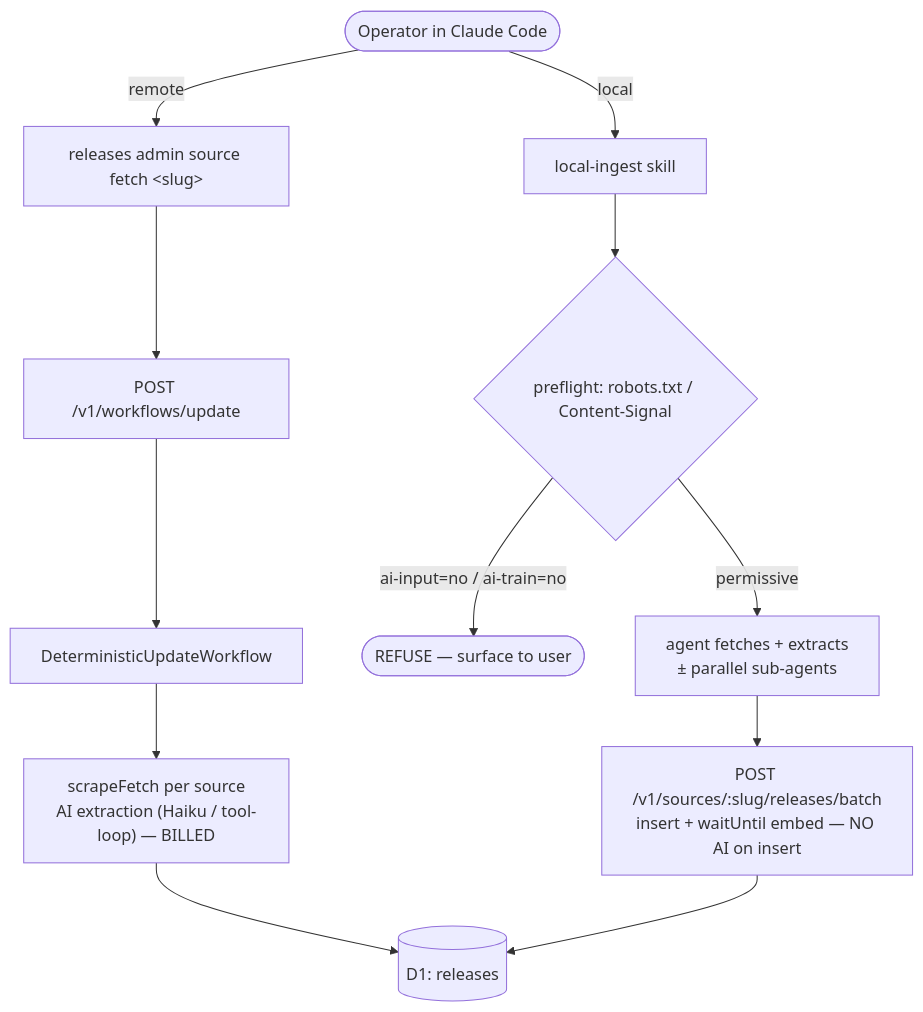
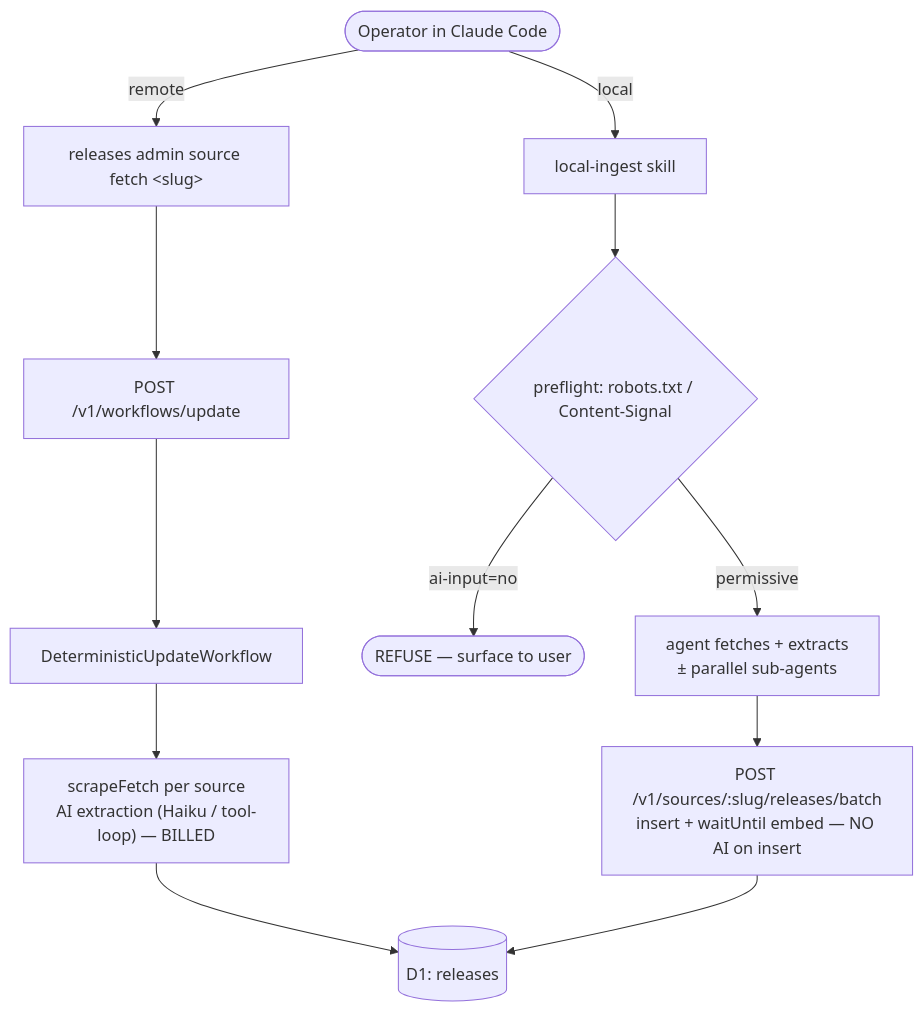
The diagram in docs/architecture/local-ingest.md (buildinternet/releases), drawn with Mermaid before and after one commit. The commit also changed other lines of this file and 9 other files, not shown here.

````diff
--- a/docs/architecture/local-ingest.md
+++ b/docs/architecture/local-ingest.md
@@ -15,15 +15,15 @@
 ```mermaid
 flowchart TD
     Op([Operator in Claude Code]) -->|remote| R1["releases admin source fetch &lt;slug&gt;"]
     R1 --> R2["POST /v1/workflows/update"]
     R2 --> R3[DeterministicUpdateWorkflow]
     R3 --> R4["scrapeFetch per source<br/>AI extraction (Haiku / tool-loop) — BILLED"]
     R4 --> DB[(D1: releases)]
 
     Op -->|local| L1[local-ingest skill]
     L1 --> L2{preflight: robots.txt / Content-Signal}
-    L2 -->|ai-input=no / ai-train=no| STOP([REFUSE — surface to user])
+    L2 -->|ai-input=no| STOP([REFUSE — surface to user])
     L2 -->|permissive| L3[agent fetches + extracts<br/>± parallel sub-agents]
     L3 --> L4["POST /v1/sources/:slug/releases/batch<br/>insert + waitUntil embed — NO AI on insert"]
     L4 --> DB
 ```
````
